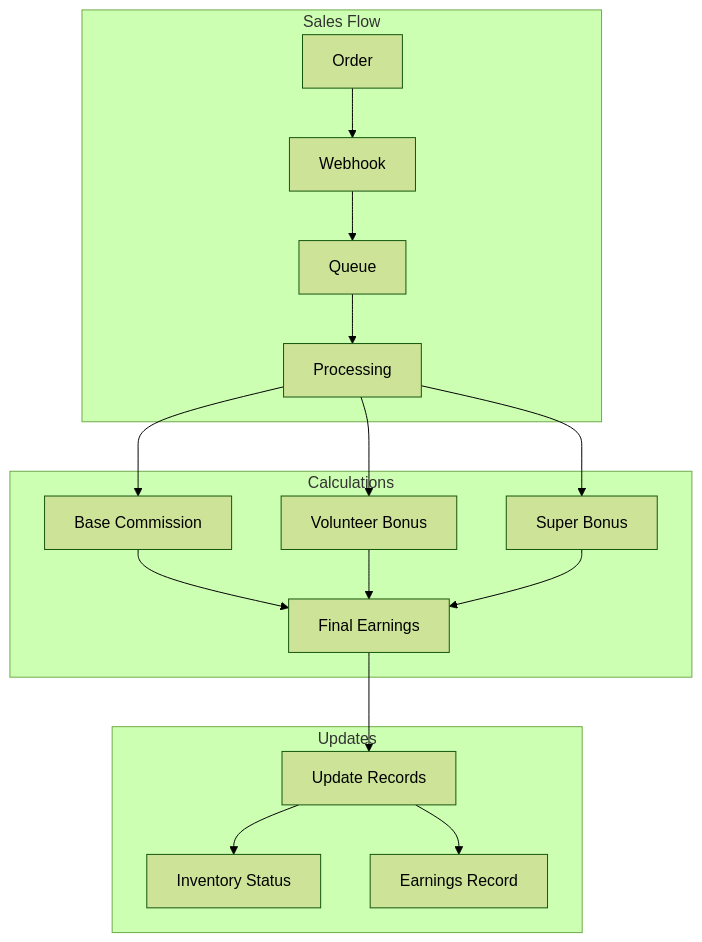
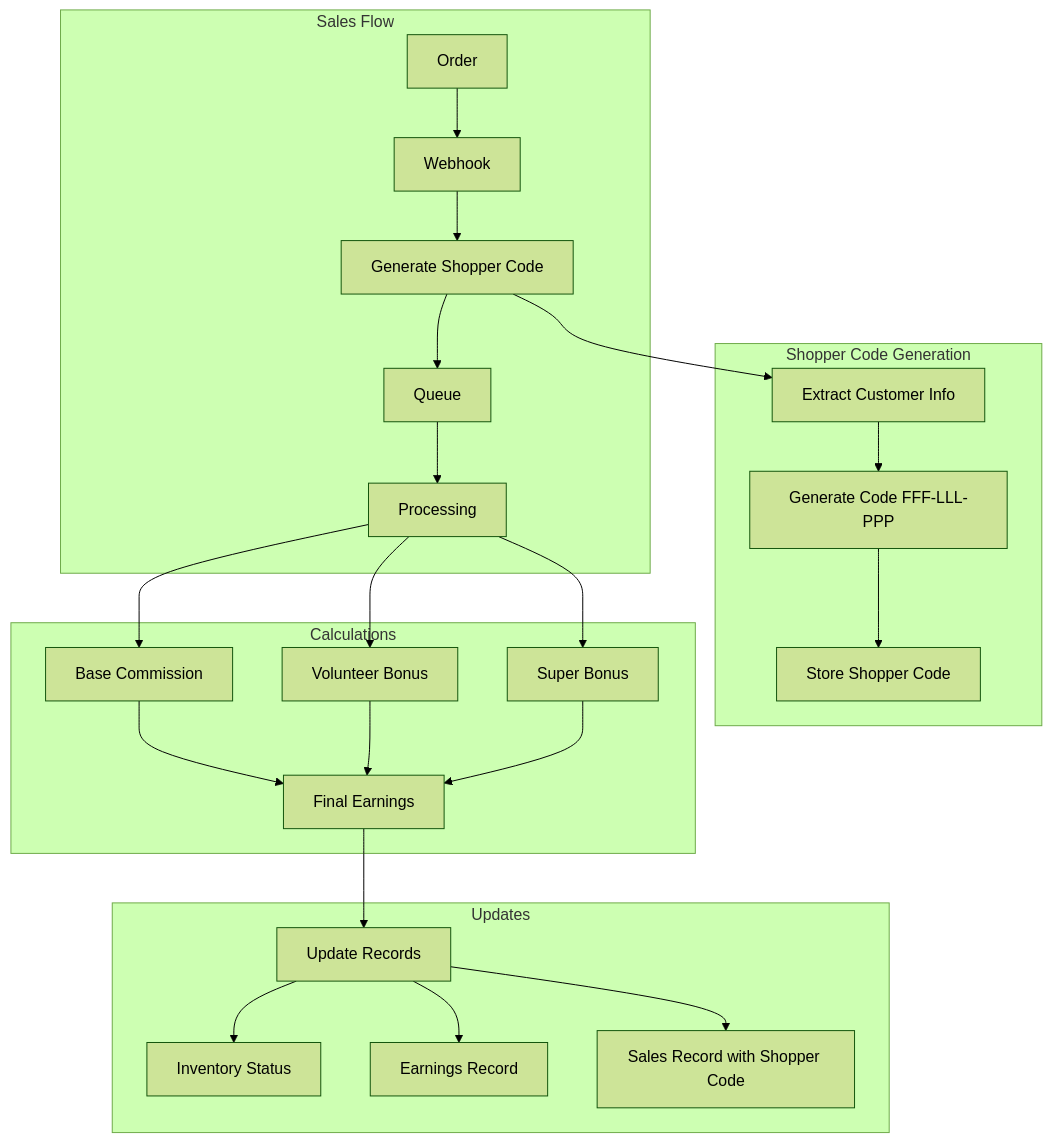
One commit to atEverychance/ProjectCR changed the diagram in docs/diagrams/flows/sales-processing.mmd. Above: the diagram before and after it, drawn with Mermaid (forest theme). The commit also changed 13 other files, not shown here.

```diff
--- a/docs/diagrams/flows/sales-processing.mmd
+++ b/docs/diagrams/flows/sales-processing.mmd
@@ -1,19 +1,27 @@
 graph TD
     subgraph "Sales Flow"
         O[Order] --> W[Webhook]
-        W --> Q[Queue]
+        W --> SC[Generate Shopper Code]
+        SC --> Q[Queue]
         Q --> P[Processing]
+    end
+    
+    subgraph "Shopper Code Generation"
+        SC --> EI[Extract Customer Info]
+        EI --> GC[Generate Code FFF-LLL-PPP]
+        GC --> SS[Store Shopper Code]
     end
     
     subgraph "Calculations"
         P --> B[Base Commission]
         P --> V[Volunteer Bonus]
         P --> S[Super Bonus]
         B & V & S --> F[Final Earnings]
     end
     
     subgraph "Updates"
         F --> U[Update Records]
         U --> I[Inventory Status]
         U --> E[Earnings Record]
+        U --> SR[Sales Record with Shopper Code]
     end
```
